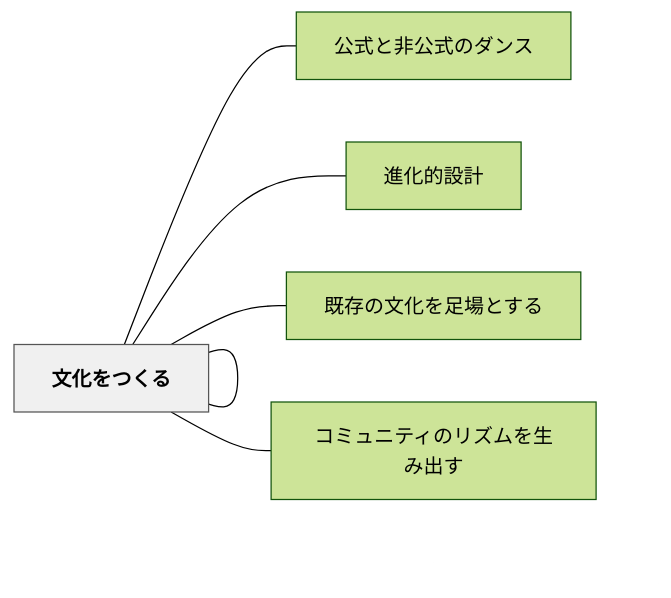
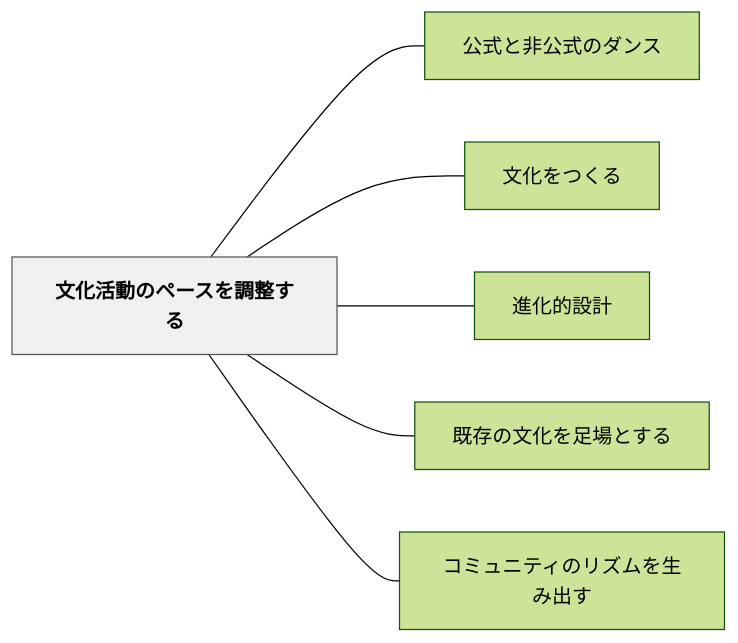
One commit to unknownthings-ed-patterns/unknownthings-ed-patterns changed the diagram in content/パタン/文化活動のペースを調整する.md. Above: the diagram before and after it, drawn with Mermaid (forest theme). The commit also changed 527 other files, not shown here.

````diff
--- a/content/パタン/文化活動のペースを調整する.md
+++ b/content/パタン/文化活動のペースを調整する.md
@@ -57,18 +57,18 @@
 ```mermaid
 flowchart LR
-    ne69687e58c96["文化活動のペースを調整する"]
-    ne585ace5bc8f["公式と非公式のダンス"]
-    ne69687e58c96["文化をつくる"]
-    ne980b2e58c96["進化的設計"]
-    ne697a2e5ad98["既存の文化を足場とする"]
-    ne382b3e3839f["コミュニティのリズムを生み出す"]
+    ne69687e58c96e6b4bbe58b95e381aee3839ae383bce382b9e38292e8aabfe695b4e38199e3828b["文化活動のペースを調整する"]
+    ne585ace5bc8fe381a8e99d9ee585ace5bc8fe381aee38380e383b3e382b9["公式と非公式のダンス"]
+    ne69687e58c96e38292e381a4e3818fe3828b["文化をつくる"]
+    ne980b2e58c96e79a84e8a8ade8a888["進化的設計"]
+    ne697a2e5ad98e381aee69687e58c96e38292e8b6b3e5a0b4e381a8e38199e3828b["既存の文化を足場とする"]
+    ne382b3e3839fe383a5e3838be38386e382a3e381aee383aae382bae383a0e38292e7949fe381bfe587bae38199["コミュニティのリズムを生み出す"]
 
-    ne69687e58c96 --- ne585ace5bc8f
-    ne69687e58c96 --- ne69687e58c96
-    ne69687e58c96 --- ne980b2e58c96
-    ne69687e58c96 --- ne697a2e5ad98
-    ne69687e58c96 --- ne382b3e3839f
+    ne69687e58c96e6b4bbe58b95e381aee3839ae383bce382b9e38292e8aabfe695b4e38199e3828b --- ne585ace5bc8fe381a8e99d9ee585ace5bc8fe381aee38380e383b3e382b9
+    ne69687e58c96e6b4bbe58b95e381aee3839ae383bce382b9e38292e8aabfe695b4e38199e3828b --- ne69687e58c96e38292e381a4e3818fe3828b
+    ne69687e58c96e6b4bbe58b95e381aee3839ae383bce382b9e38292e8aabfe695b4e38199e3828b --- ne980b2e58c96e79a84e8a8ade8a888
+    ne69687e58c96e6b4bbe58b95e381aee3839ae383bce382b9e38292e8aabfe695b4e38199e3828b --- ne697a2e5ad98e381aee69687e58c96e38292e8b6b3e5a0b4e381a8e38199e3828b
+    ne69687e58c96e6b4bbe58b95e381aee3839ae383bce382b9e38292e8aabfe695b4e38199e3828b --- ne382b3e3839fe383a5e3838be38386e382a3e381aee383aae382bae383a0e38292e7949fe381bfe587bae38199
 
     classDef hub fill:#f0f0f0,stroke:#555,color:#000,font-weight:bold
-    class ne69687e58c96 hub
+    class ne69687e58c96e6b4bbe58b95e381aee3839ae383bce382b9e38292e8aabfe695b4e38199e3828b hub
 ```
````
